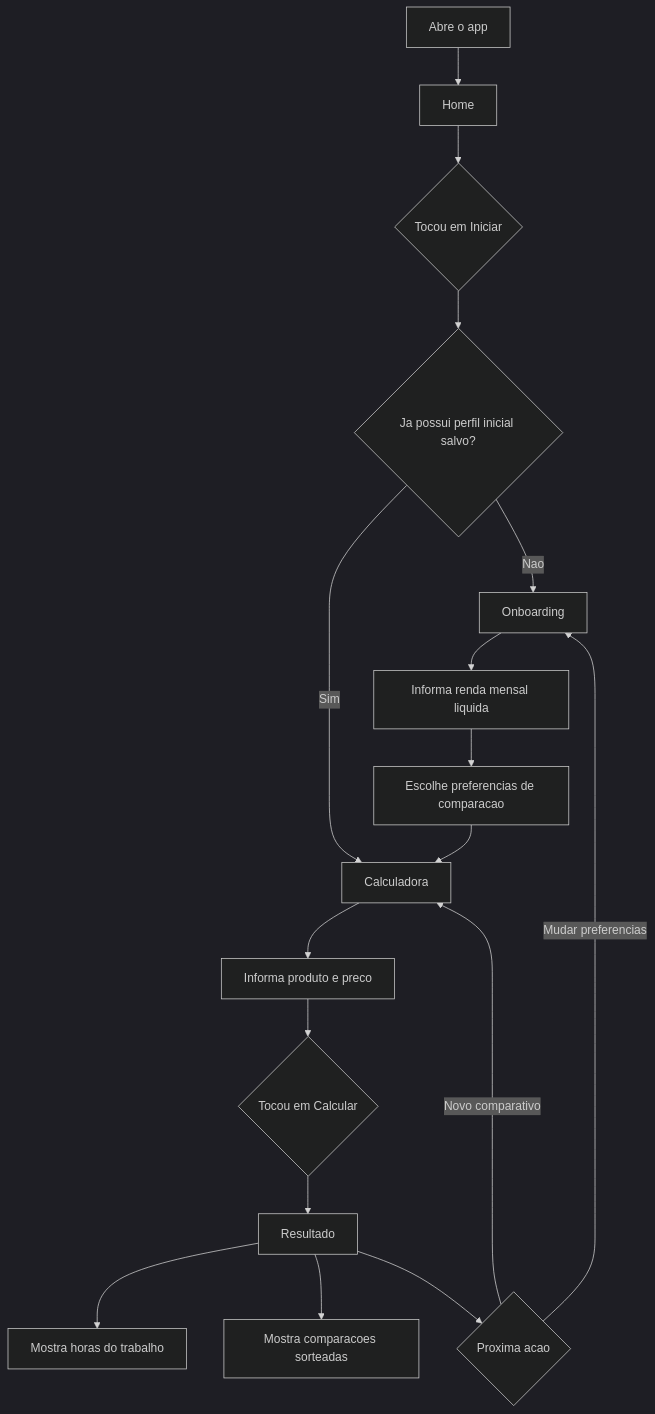
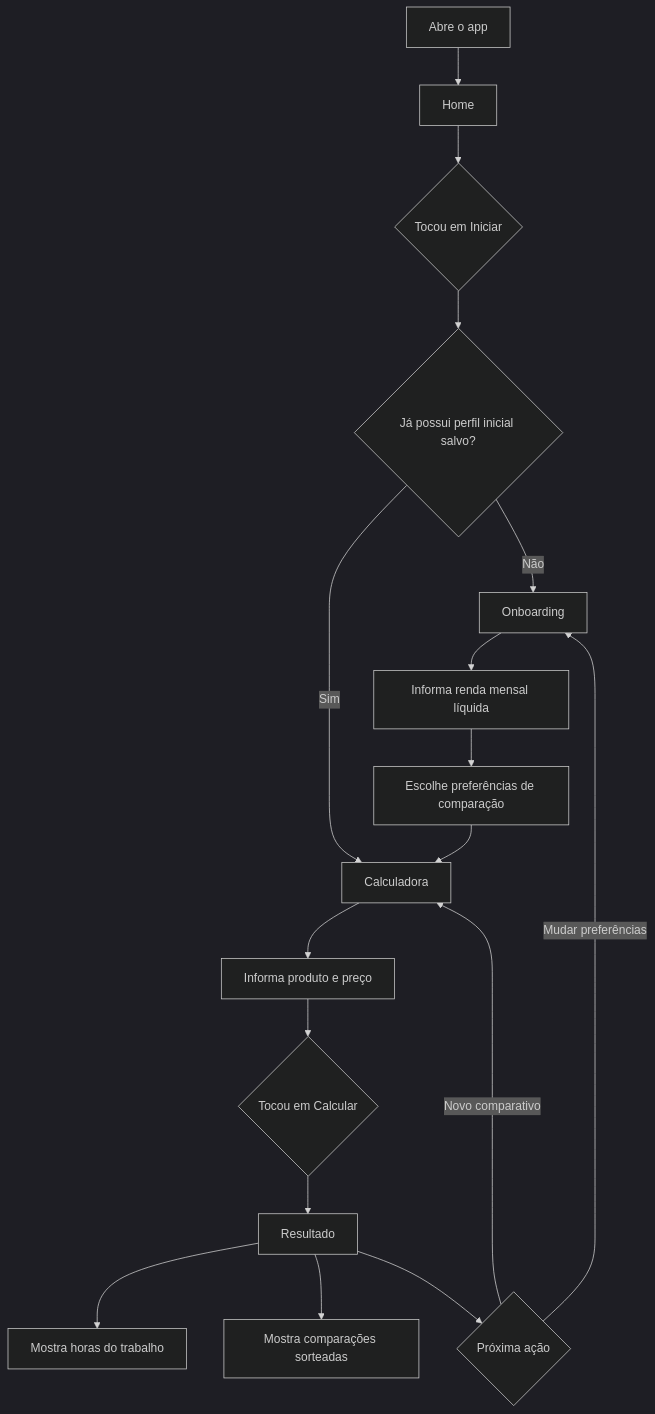
One commit to hlfreinoso/Quanto-Custa-na-Vida-Real changed the first of 4 diagrams in docs/flowchart.md. Above: the diagram before and after it, drawn with Mermaid (dark theme). The commit also changed other lines of this file and 9 other files, not shown here.

````diff
--- a/docs/flowchart.md
+++ b/docs/flowchart.md
@@ -7,19 +7,19 @@
 ```mermaid
 flowchart TD
   A[Abre o app] --> B[Home]
   B --> C{Tocou em Iniciar}
-  C --> D{Ja possui perfil inicial salvo?}
-  D -- Nao --> E[Onboarding]
+  C --> D{Já possui perfil inicial salvo?}
+  D -- Não --> E[Onboarding]
   D -- Sim --> H[Calculadora]
-  E --> F[Informa renda mensal liquida]
-  F --> G[Escolhe preferencias de comparacao]
+  E --> F[Informa renda mensal líquida]
+  F --> G[Escolhe preferências de comparação]
   G --> H
-  H --> I[Informa produto e preco]
+  H --> I[Informa produto e preço]
   I --> J{Tocou em Calcular}
   J --> K[Resultado]
   K --> L[Mostra horas do trabalho]
-  K --> M[Mostra comparacoes sorteadas]
-  K --> N{Proxima acao}
+  K --> M[Mostra comparações sorteadas]
+  K --> N{Próxima ação}
   N -- Novo comparativo --> H
-  N -- Mudar preferencias --> E
+  N -- Mudar preferências --> E
 ```
````
